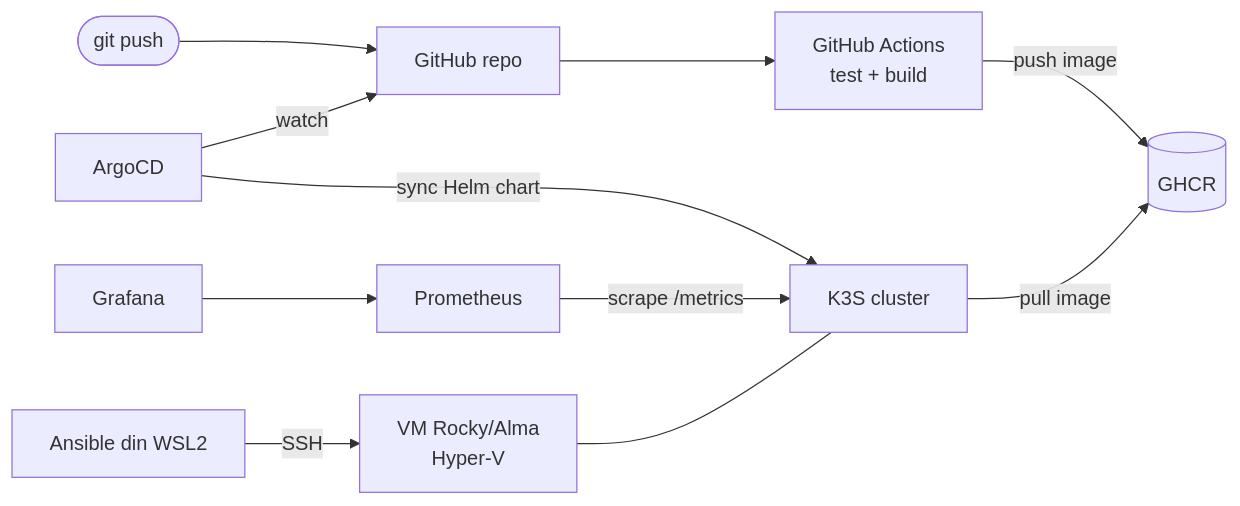
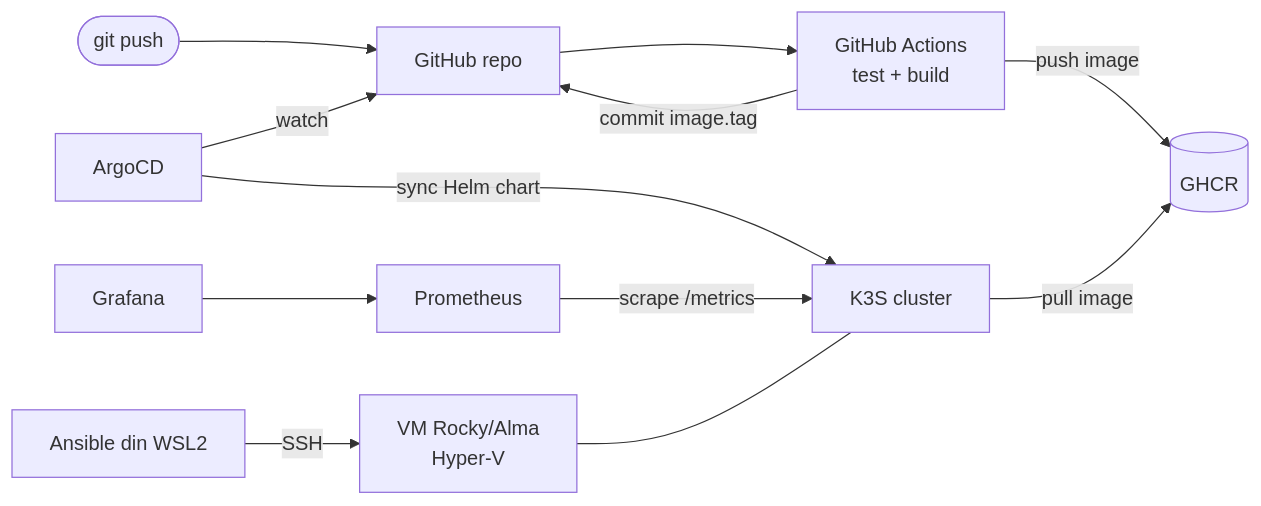
Before and after one commit to Dark4ngel89/devops-homelab: the diagram in README.md, drawn with Mermaid. The commit also changed other lines of this file, not shown here.

````diff
--- a/README.md
+++ b/README.md
@@ -9,13 +9,14 @@
 ```mermaid
 flowchart LR
     dev([git push]) --> repo[GitHub repo]
     repo --> gha[GitHub Actions<br/>test + build]
     gha -->|push image| ghcr[(GHCR)]
+    gha -->|commit image.tag| repo
     argocd[ArgoCD] -->|watch| repo
     argocd -->|sync Helm chart| k3s[K3S cluster]
     k3s -->|pull image| ghcr
     prom[Prometheus] -->|scrape /metrics| k3s
     grafana[Grafana] --> prom
     ansible[Ansible din WSL2] -->|SSH| vm[VM Rocky/Alma<br/>Hyper-V]
     vm --- k3s
 ```
````
